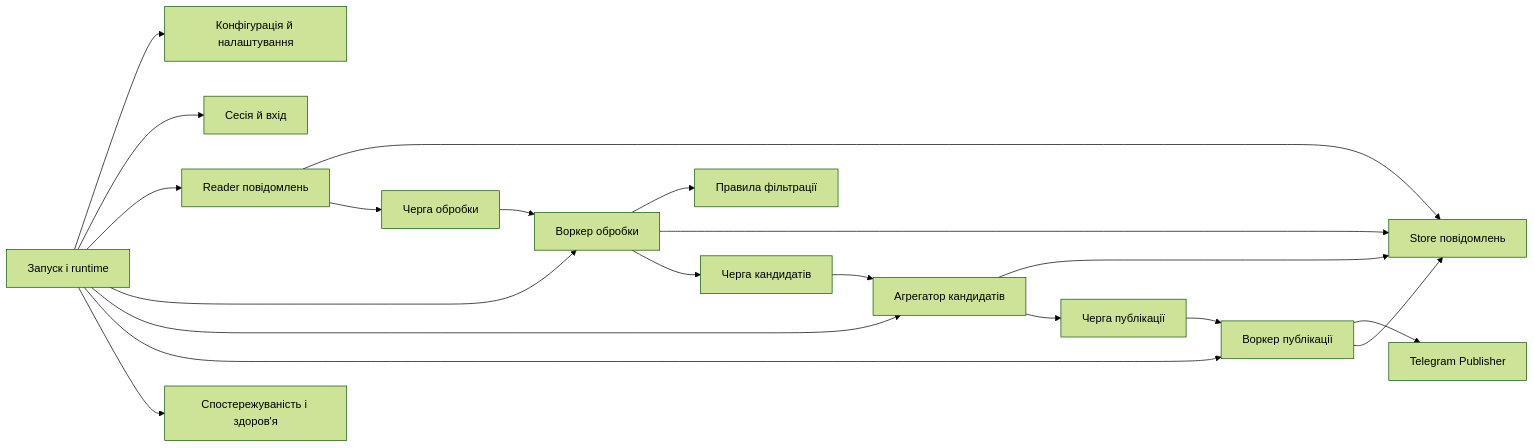
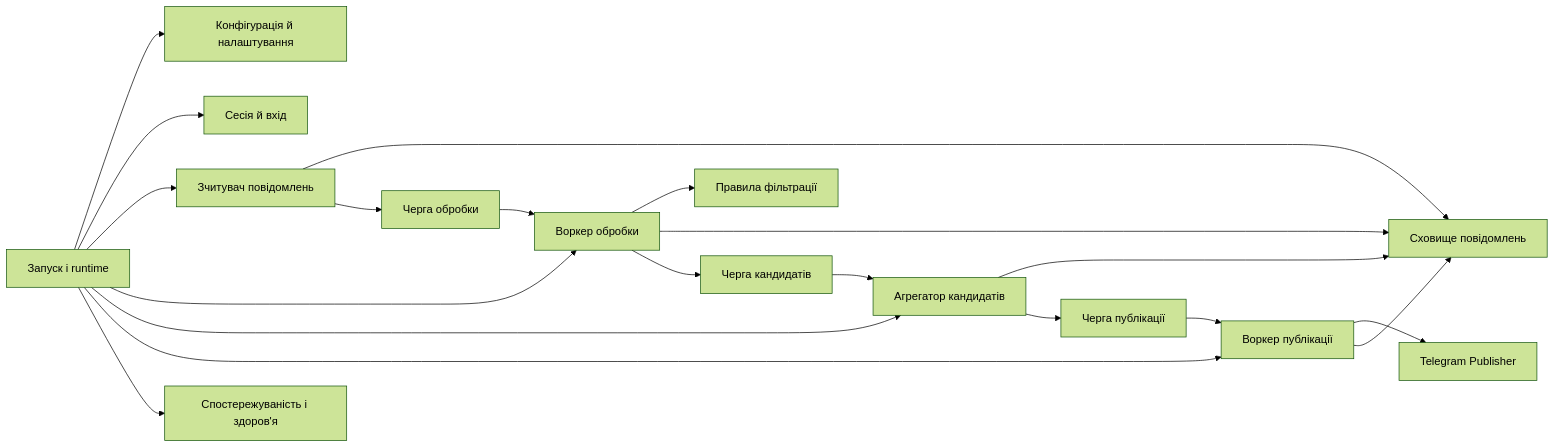
Before and after one commit to Volodymyt/Telegram-ggregator: the second of 9 diagrams in docs_ua/project/architecture-spec.md, drawn with Mermaid (forest theme). The commit also changed other lines of this file and 90 other files, not shown here.

````diff
--- a/docs_ua/project/architecture-spec.md
+++ b/docs_ua/project/architecture-spec.md
@@ -49,38 +49,38 @@
 ```mermaid
 flowchart LR
     Bootstrap[Запуск і runtime]
     Config[Конфігурація й налаштування]
     Session[Сесія й вхід]
-    Reader[Reader повідомлень]
-    Store[Store повідомлень]
+    Reader[Зчитувач повідомлень]
+    Store[Сховище повідомлень]
     ProcQueue[Черга обробки]
     ProcWorker[Воркер обробки]
     Filter[Правила фільтрації]
     CandQueue[Черга кандидатів]
     Aggregator[Агрегатор кандидатів]
     PubQueue[Черга публікації]
     PubWorker[Воркер публікації]
     Publisher[Telegram Publisher]
     Obs[Спостережуваність і здоров'я]
 
     Bootstrap --> Config
     Bootstrap --> Session
     Bootstrap --> Reader
     Bootstrap --> ProcWorker
     Bootstrap --> Aggregator
     Bootstrap --> PubWorker
     Bootstrap --> Obs
 
     Reader --> Store
     Reader --> ProcQueue
     ProcQueue --> ProcWorker
     ProcWorker --> Filter
     ProcWorker --> Store
     ProcWorker --> CandQueue
     CandQueue --> Aggregator
     Aggregator --> Store
     Aggregator --> PubQueue
     PubQueue --> PubWorker
     PubWorker --> Publisher
     PubWorker --> Store
 ```
````
